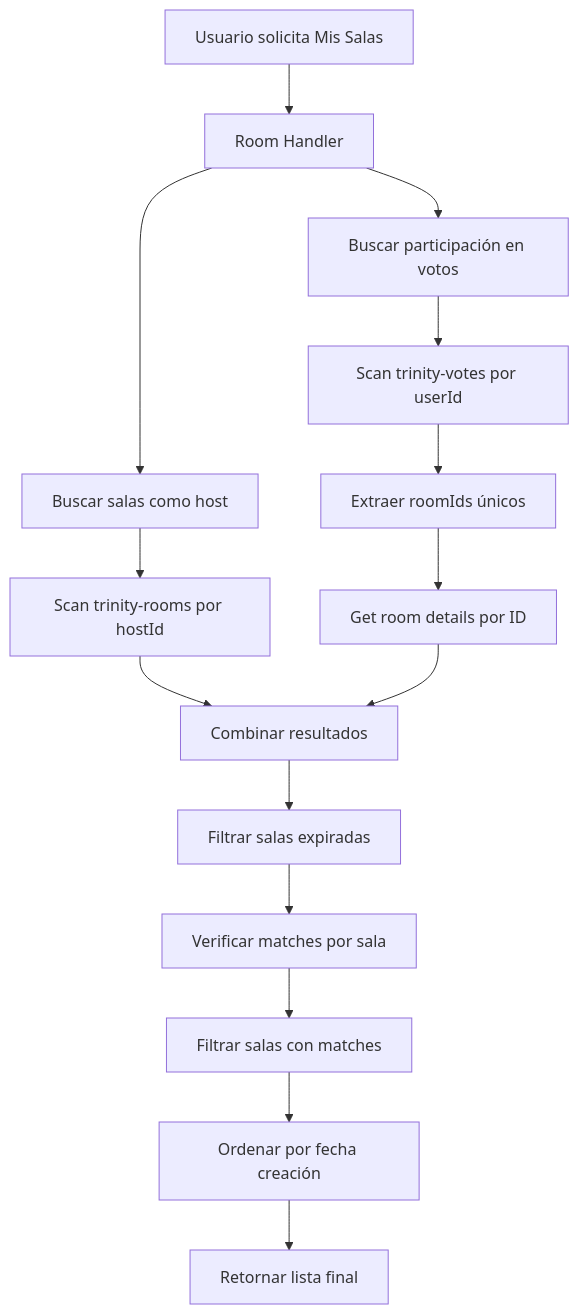
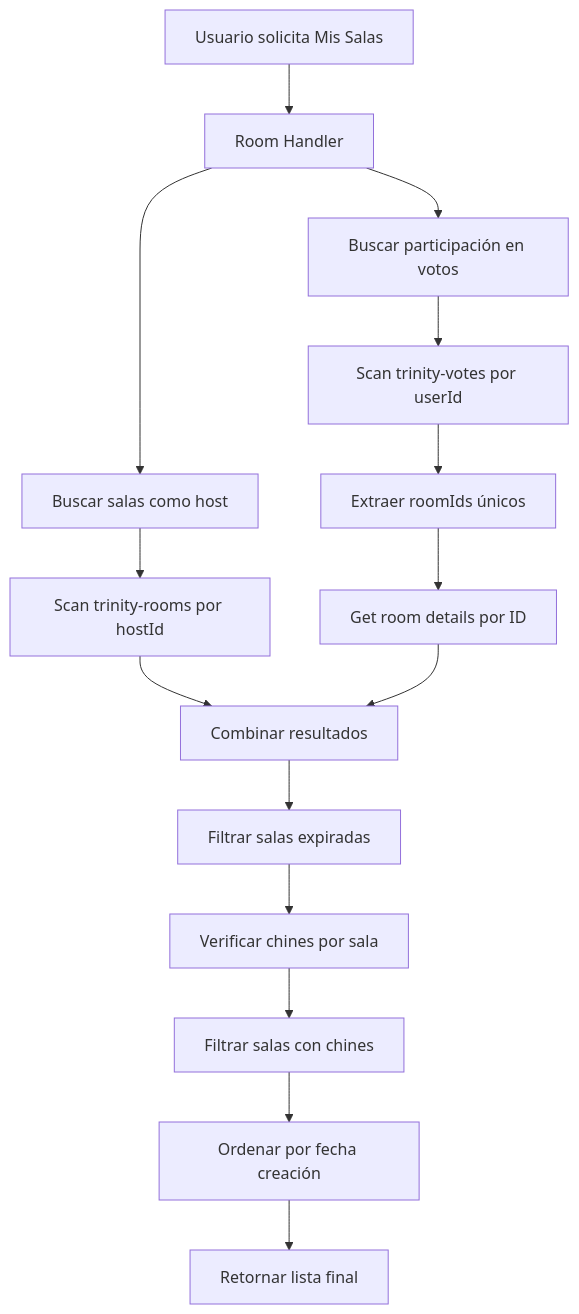
Before and after one commit to ibanezbetes/trinity-movie-voting: the fifth of 6 diagrams in docs/technical/07-application-flows.md, drawn with Mermaid. The commit also changed other lines of this file and 54 other files, not shown here.

````diff
--- a/docs/technical/07-application-flows.md
+++ b/docs/technical/07-application-flows.md
@@ -473,22 +473,22 @@
 ```mermaid
 graph TB
     A[Usuario solicita Mis Salas] --> B[Room Handler]
     
     B --> C[Buscar salas como host]
     B --> D[Buscar participación en votos]
     
     C --> E[Scan trinity-rooms por hostId]
     D --> F[Scan trinity-votes por userId]
     
     F --> G[Extraer roomIds únicos]
     G --> H[Get room details por ID]
     
     E --> I[Combinar resultados]
     H --> I
     
     I --> J[Filtrar salas expiradas]
-    J --> K[Verificar matches por sala]
-    K --> L[Filtrar salas con matches]
+    J --> K[Verificar chines por sala]
+    K --> L[Filtrar salas con chines]
     L --> M[Ordenar por fecha creación]
     M --> N[Retornar lista final]
 ```
````
